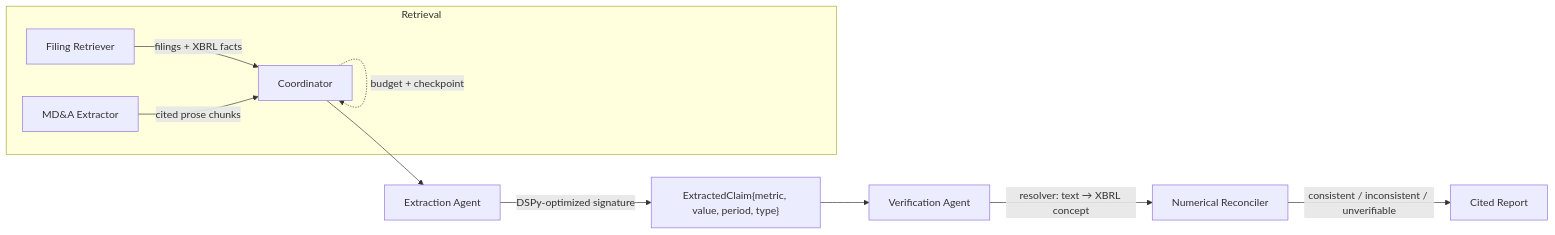
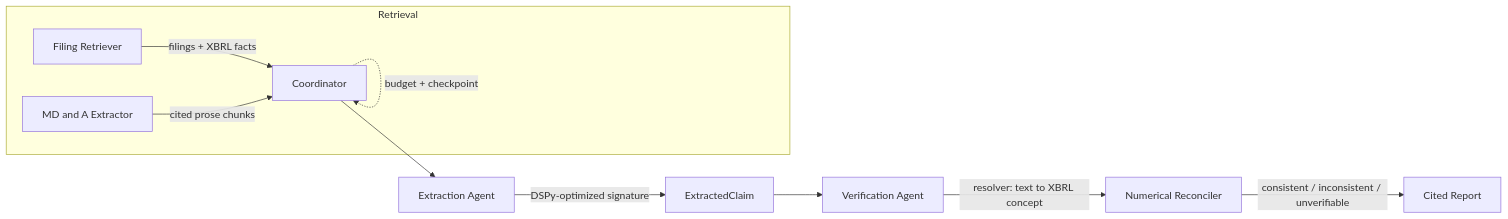
The diagram in README.md (asim-aa/disclosure-verifier), drawn with Mermaid before and after one commit.

Commit message:
Harden mermaid diagram syntax (quoted labels, no raw special chars)

````diff
--- a/README.md
+++ b/README.md
@@ -23,13 +23,13 @@
 ```mermaid
 flowchart LR
     subgraph Retrieval
-        A[Filing Retriever] -->|filings + XBRL facts| D
-        B[MD&A Extractor] -->|cited prose chunks| D
+        A["Filing Retriever"] -->|"filings + XBRL facts"| D
+        B["MD and A Extractor"] -->|"cited prose chunks"| D
     end
-    D[Coordinator] --> E[Extraction Agent]
-    E -->|DSPy-optimized signature| F["ExtractedClaim{metric, value, period, type}"]
-    F --> G[Verification Agent]
-    G -->|resolver: text → XBRL concept| H[Numerical Reconciler]
-    H -->|consistent / inconsistent / unverifiable| I[Cited Report]
-    D -.budget + checkpoint.-> D
+    D["Coordinator"] --> E["Extraction Agent"]
+    E -->|"DSPy-optimized signature"| F["ExtractedClaim"]
+    F --> G["Verification Agent"]
+    G -->|"resolver: text to XBRL concept"| H["Numerical Reconciler"]
+    H -->|"consistent / inconsistent / unverifiable"| I["Cited Report"]
+    D -. "budget + checkpoint" .-> D
 ```
````
